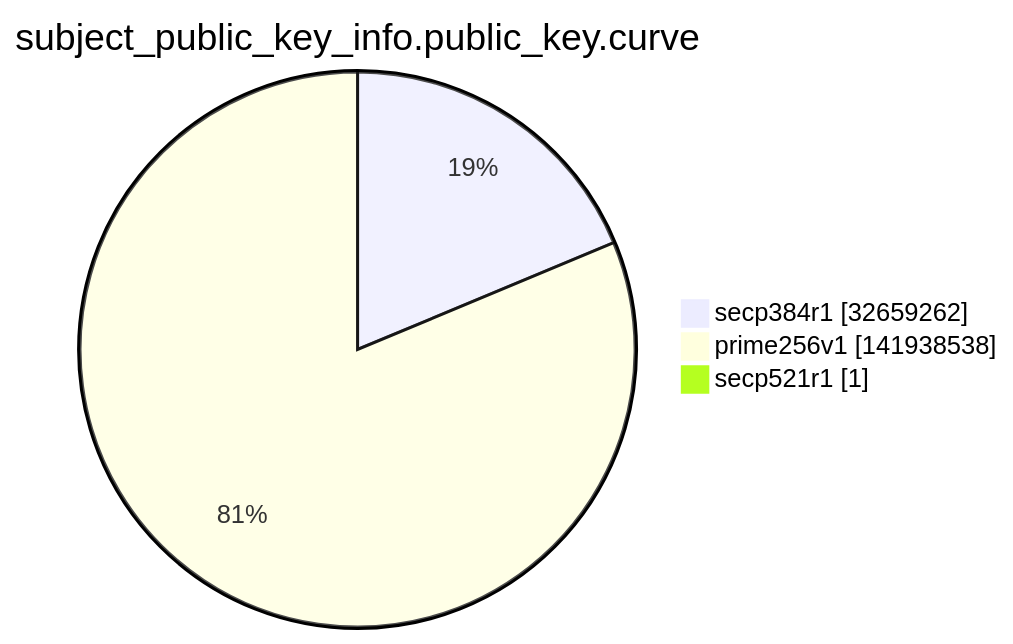
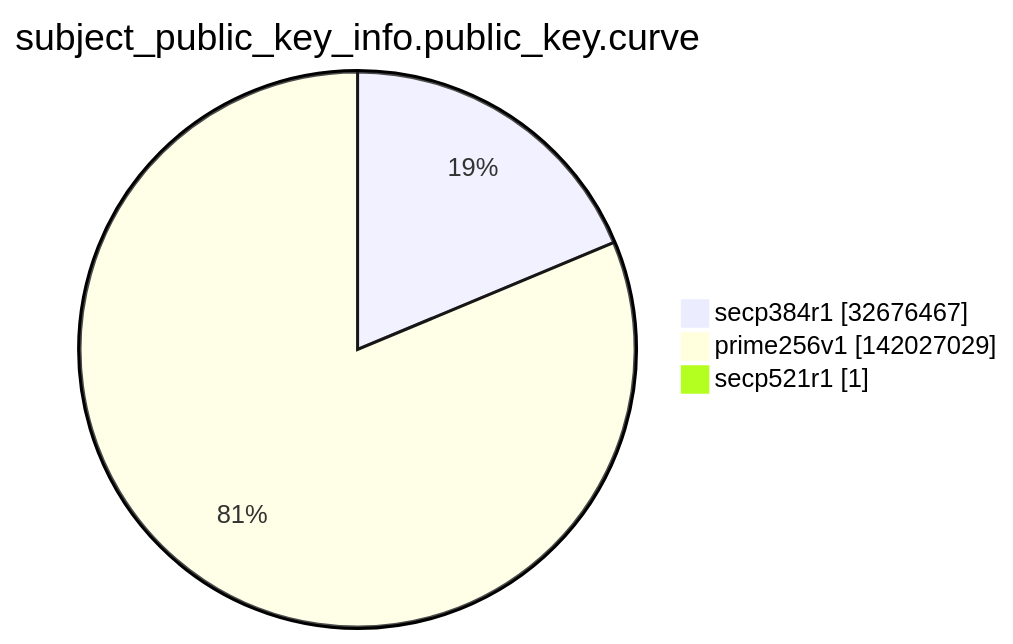
Before and after one commit to christiankrug/ctmonitor_visualization: the ninth of 15 diagrams in argon2022/README.md, drawn with Mermaid. The commit also changed other lines of this file, not shown here.

````diff
--- a/argon2022/README.md
+++ b/argon2022/README.md
@@ -2763,7 +2763,7 @@
 ```mermaid
 pie showData
 title subject_public_key_info.public_key.curve
-"secp384r1" :32659262
-"prime256v1" :141938538
+"secp384r1" :32676467
+"prime256v1" :142027029
 "secp521r1" :1
 ```
````
